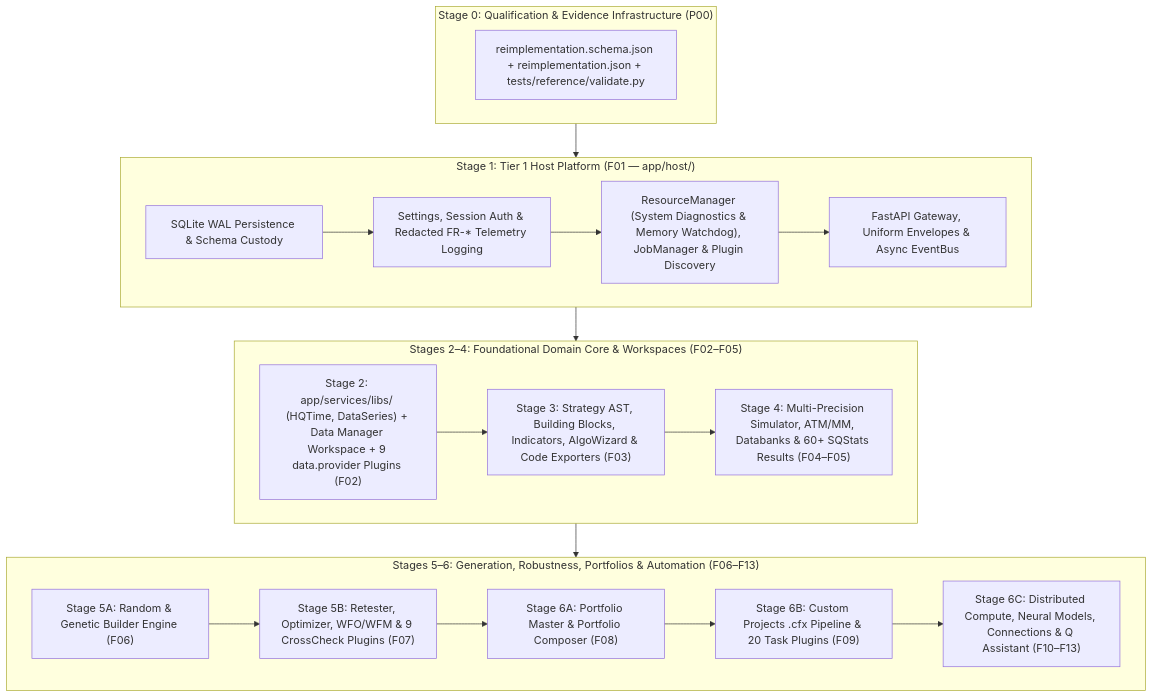
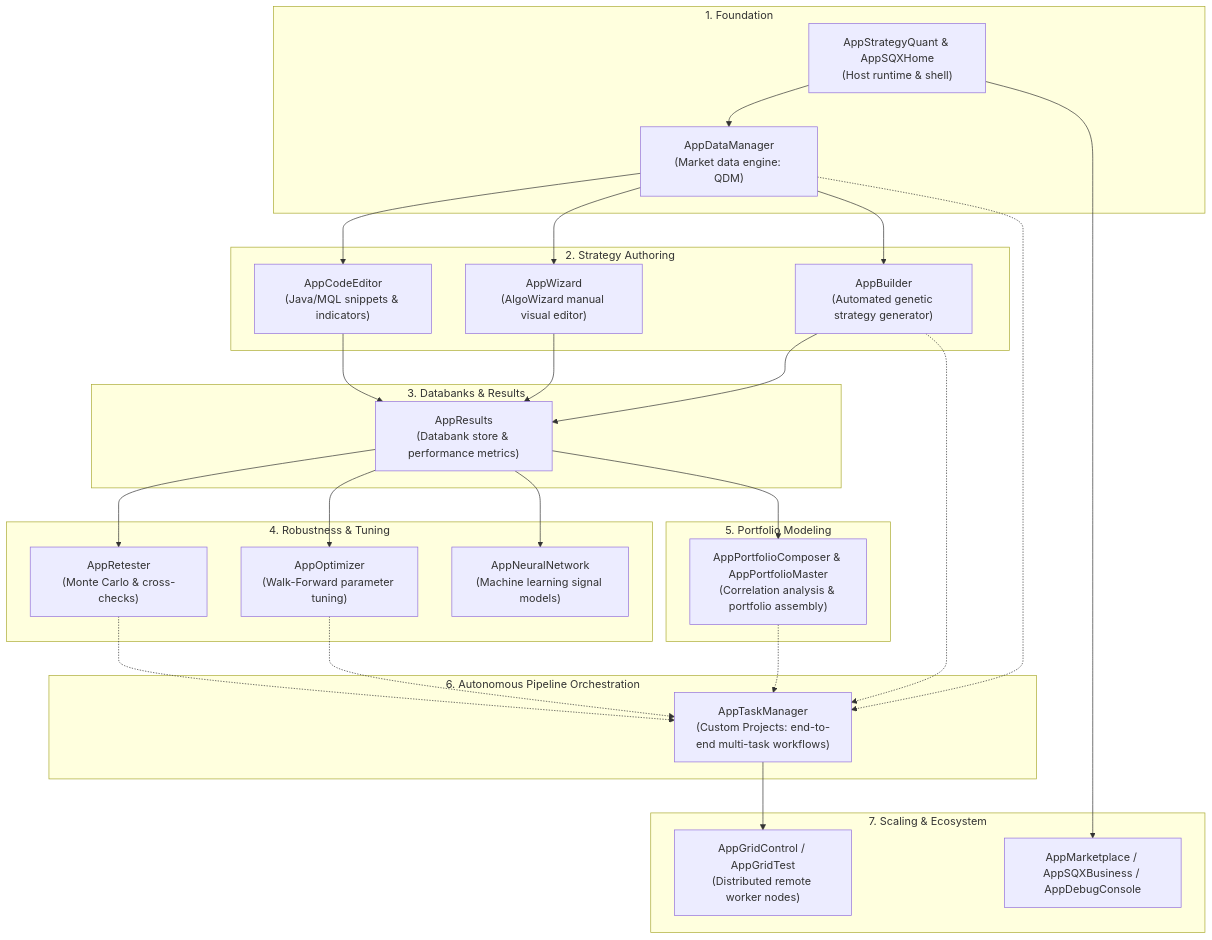
Before and after one commit to haruperi/HaruQuantAI: the first of 5 diagrams in docs/SQX/architecture-and-reimplementation.md, drawn with Mermaid. The commit also changed other lines of this file, not shown here.

Commit message:
updated architecture-and-reimplementation

````diff
--- a/docs/SQX/architecture-and-reimplementation.md
+++ b/docs/SQX/architecture-and-reimplementation.md
@@ -365,32 +25,35 @@
 ```mermaid
 flowchart TD
-    subgraph Stage0["Stage 0: Qualification & Evidence Infrastructure (P00)"]
-        P00["reimplementation.schema.json + reimplementation.json + tests/reference/validate.py"]
+    subgraph S1["1. Foundation"]
+        Host["AppStrategyQuant & AppSQXHome<br/>(Host runtime & shell)"] --> DataMgr["AppDataManager<br/>(Market data engine: QDM)"]
     end
-
-    subgraph Stage1["Stage 1: Tier 1 Host Platform (F01 — app/host/)"]
-        H_Persist["SQLite WAL Persistence & Schema Custody"]
-        H_Core["Settings, Session Auth & Redacted FR-* Telemetry Logging"]
-        H_Jobs["ResourceManager (System Diagnostics & Memory Watchdog), JobManager & Plugin Discovery"]
-        H_API["FastAPI Gateway, Uniform Envelopes & Async EventBus"]
-        H_Persist --> H_Core --> H_Jobs --> H_API
+    subgraph S2["2. Strategy Authoring"]
+        DataMgr --> CodeEd["AppCodeEditor<br/>(Java/MQL snippets & indicators)"]
+        DataMgr --> Wiz["AppWizard<br/>(AlgoWizard manual visual editor)"]
+        DataMgr --> Bld["AppBuilder<br/>(Automated genetic strategy generator)"]
     end
-
-    subgraph Stage2_4["Stages 2–4: Foundational Domain Core & Workspaces (F02–F05)"]
-        D_Data["Stage 2: app/services/libs/ (HQTime, DataSeries) + Data Manager Workspace + 9 data.provider Plugins (F02)"]
-        D_Strat["Stage 3: Strategy AST, Building Blocks, Indicators, AlgoWizard & Code Exporters (F03)"]
-        D_Sim["Stage 4: Multi-Precision Simulator, ATM/MM, Databanks & 60+ SQStats Results (F04–F05)"]
-        D_Data --> D_Strat --> D_Sim
+    subgraph S3["3. Databanks & Results"]
+        CodeEd --> Res["AppResults<br/>(Databank store & performance metrics)"]
+        Wiz --> Res
+        Bld --> Res
     end
-
-    subgraph Stage5_6["Stages 5–6: Generation, Robustness, Portfolios & Automation (F06–F13)"]
-        W_Build["Stage 5A: Random & Genetic Builder Engine (F06)"]
-        W_Valid["Stage 5B: Retester, Optimizer, WFO/WFM & 9 CrossCheck Plugins (F07)"]
-        W_Port["Stage 6A: Portfolio Master & Portfolio Composer (F08)"]
-        W_Proj["Stage 6B: Custom Projects .cfx Pipeline & 20 Task Plugins (F09)"]
-        W_Adv["Stage 6C: Distributed Compute, Neural Models, Connections & Q Assistant (F10–F13)"]
-        W_Build --> W_Valid --> W_Port --> W_Proj --> W_Adv
+    subgraph S4["4. Robustness & Tuning"]
+        Res --> Retest["AppRetester<br/>(Monte Carlo & cross-checks)"]
+        Res --> Opt["AppOptimizer<br/>(Walk-Forward parameter tuning)"]
+        Res --> NN["AppNeuralNetwork<br/>(Machine learning signal models)"]
     end
-
-    Stage0 --> Stage1 --> Stage2_4 --> Stage5_6
+    subgraph S5["5. Portfolio Modeling"]
+        Res --> Port["AppPortfolioComposer & AppPortfolioMaster<br/>(Correlation analysis & portfolio assembly)"]
+    end
+    subgraph S6["6. Autonomous Pipeline Orchestration"]
+        DataMgr -.-> TM["AppTaskManager<br/>(Custom Projects: end-to-end multi-task workflows)"]
+        Bld -.-> TM
+        Retest -.-> TM
+        Opt -.-> TM
+        Port -.-> TM
+    end
+    subgraph S7["7. Scaling & Ecosystem"]
+        TM --> Grid["AppGridControl / AppGridTest<br/>(Distributed remote worker nodes)"]
+        Host --> Tools["AppMarketplace / AppSQXBusiness / AppDebugConsole"]
+    end
 ```
````
